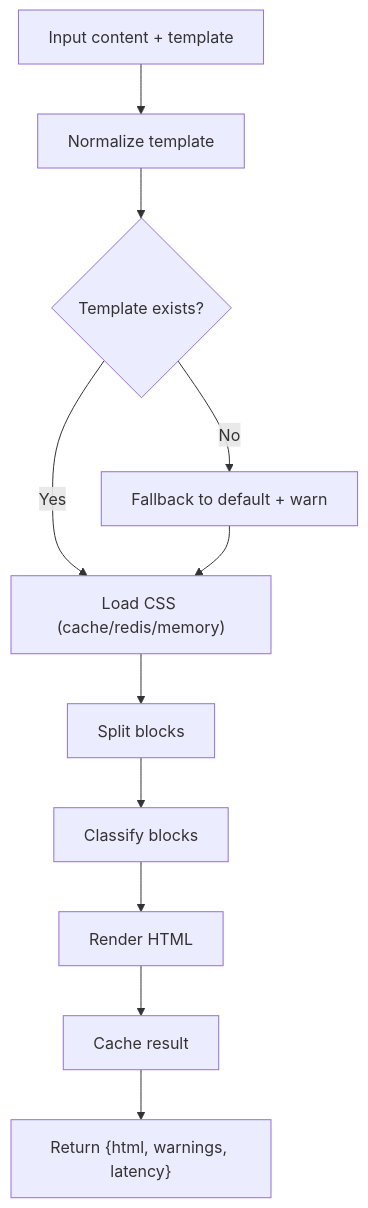
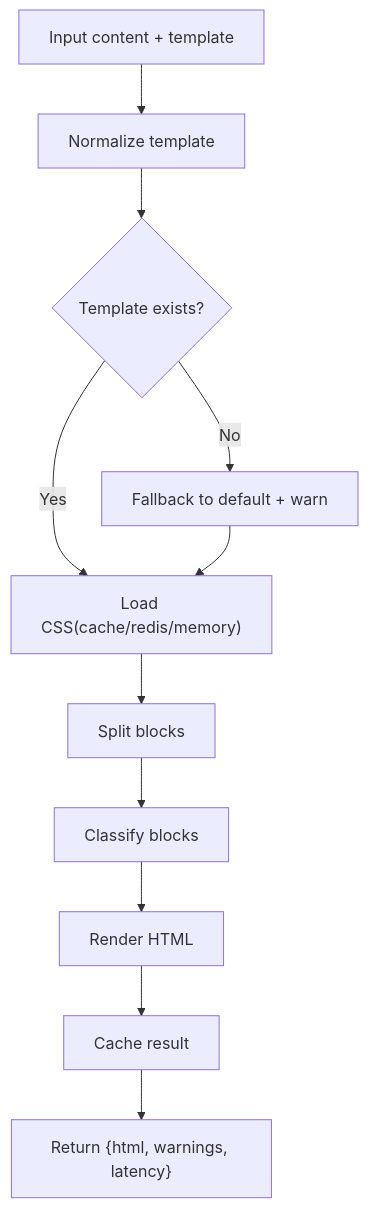
Before and after one commit to rohitkumarnaidu/ScholarFormAI: the eighth of 9 diagrams in docs/docs/knowledge/Frontend Development/Real-time Features/Real-time Features.md, drawn with Mermaid. The commit also changed 73 other files, not shown here.

First line of the commit message:
docs: enterprise-level markdown upgrade with Mermaid diagrams

````diff
--- a/docs/docs/knowledge/Frontend Development/Real-time Features/Real-time Features.md
+++ b/docs/docs/knowledge/Frontend Development/Real-time Features/Real-time Features.md
@@ -304,13 +304,13 @@
 ```mermaid
 flowchart TD
 A["Input content + template"] --> B["Normalize template"]
 B --> C{"Template exists?"}
 C --> |No| D["Fallback to default + warn"]
-C --> |Yes| E["Load CSS (cache/redis/memory)"]
+C --> |Yes| E["Load CSS(cache/redis/memory)"]
 D --> E
 E --> F["Split blocks"]
 F --> G["Classify blocks"]
 G --> H["Render HTML"]
 H --> I["Cache result"]
 I --> J["Return {html, warnings, latency}"]
 ```
````
